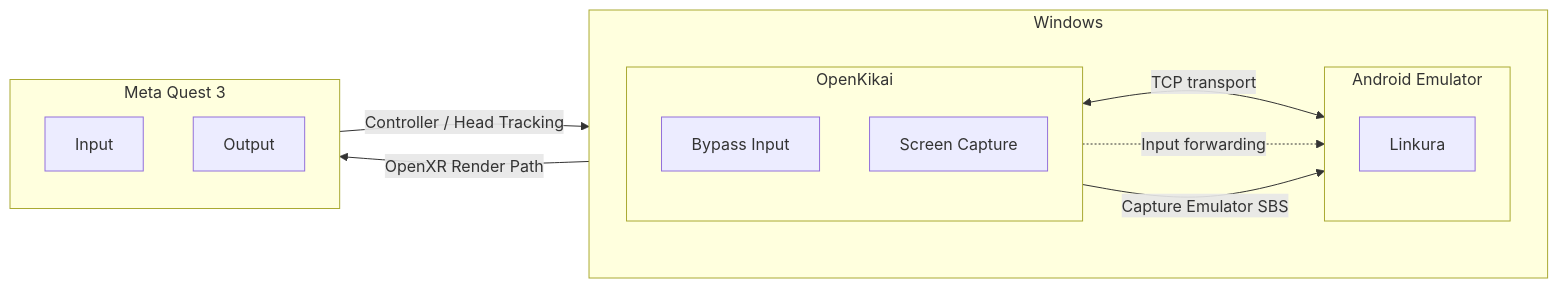
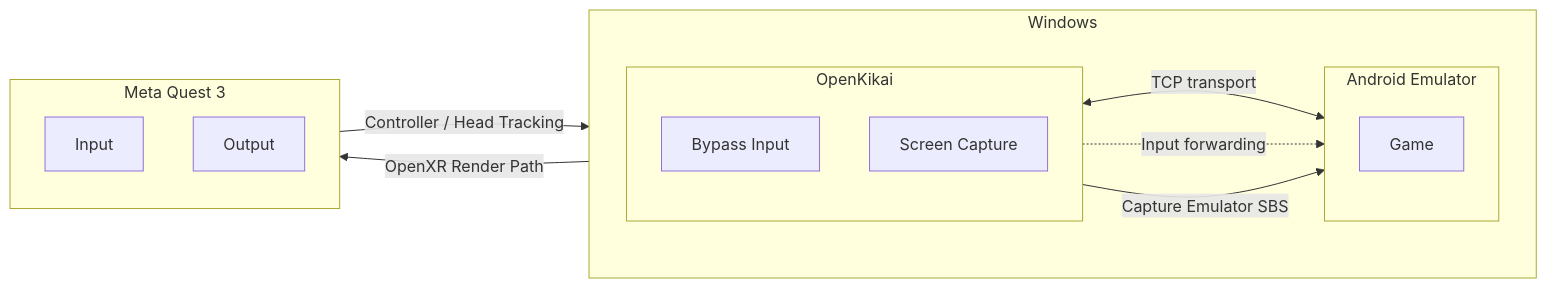
One commit to AkaakuHub/OpenKikai changed the diagram in README.md. Above: the diagram before and after it, drawn with Mermaid. The commit also changed 1 other file, not shown here.

````diff
--- a/README.md
+++ b/README.md
@@ -14,30 +14,30 @@
 ```mermaid
 flowchart LR
   subgraph W["Windows"]
     direction LR
 
     subgraph E["Android Emulator"]
       direction TB
-      LK["Linkura"]
+      LK["Game"]
     end
 
     subgraph L["OpenKikai"]
       direction TB
       BI["Bypass Input"]
       SC["Screen Capture"]
     end
 
     BI <--> |"TCP transport"| LK
     BI -.-> |"Input forwarding"| LK
     SC --> |"Capture Emulator SBS"| E
   end
 
   subgraph Q["Meta Quest 3"]
     direction TB
     QI["Input"]
     QO["Output"]
   end
 
   QI --> |"Controller / Head Tracking"| BI
   SC --> |"OpenXR Render Path"| QO
 ```
````
